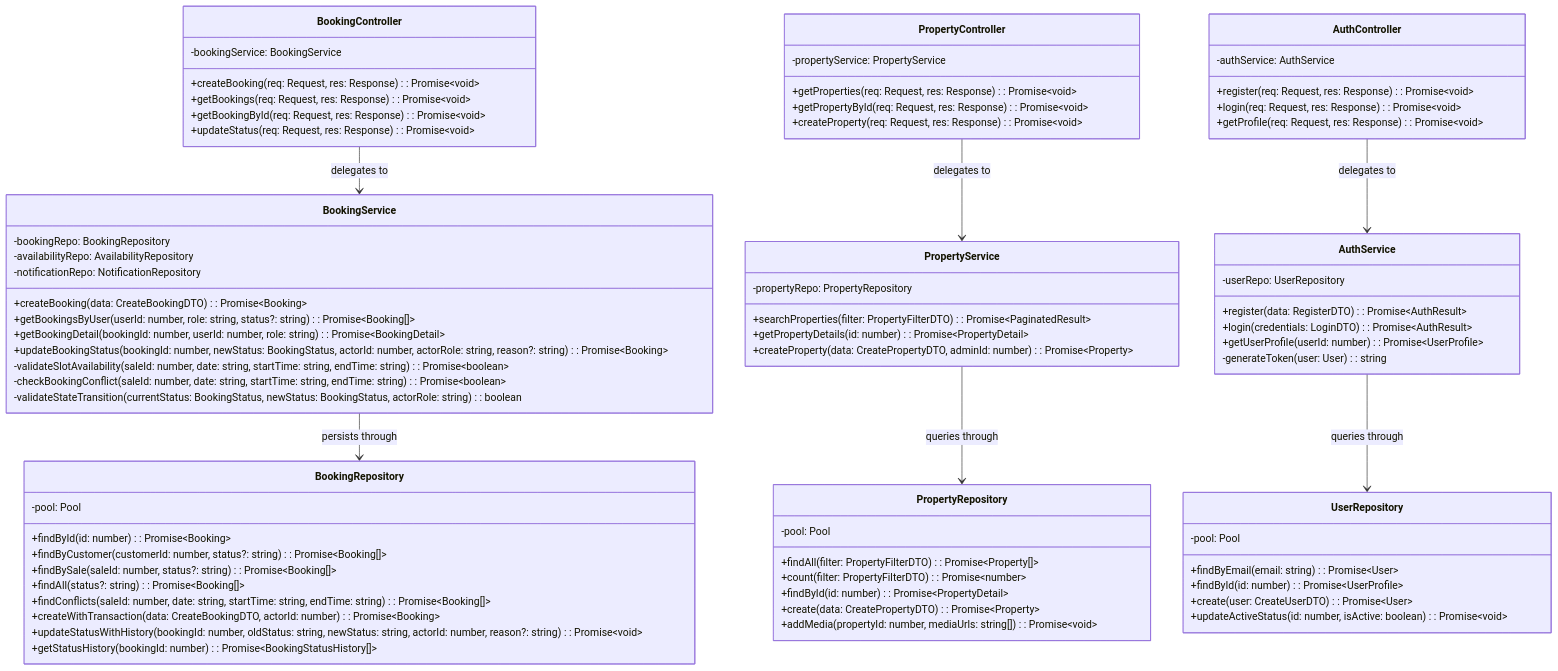
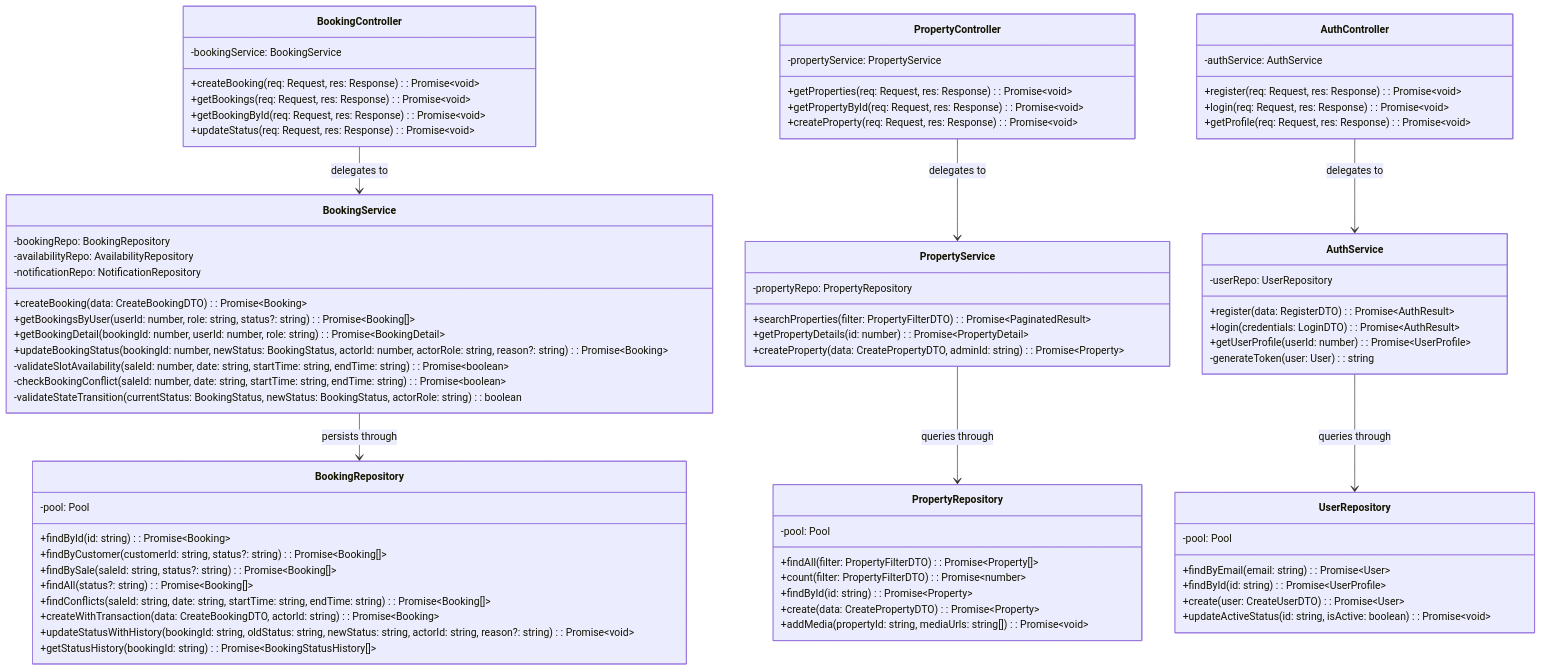
Before and after one commit to Datthachban12345/day1_tts: the first of 3 diagrams in docs/detailed_design.md, drawn with Mermaid. The commit also changed 2 other files, not shown here.

```diff
--- a/docs/detailed_design.md
+++ b/docs/detailed_design.md
@@ -166,7 +166,7 @@
         -propertyRepo: PropertyRepository
         +searchProperties(filter: PropertyFilterDTO): Promise~PaginatedResult~
         +getPropertyDetails(id: number): Promise~PropertyDetail~
-        +createProperty(data: CreatePropertyDTO, adminId: number): Promise~Property~
+        +createProperty(data: CreatePropertyDTO, adminId: string): Promise~Property~
     }
 
     class AuthService {
@@ -180,31 +180,31 @@
     %% Data Access Tier (Repositories)
     class BookingRepository {
         -pool: Pool
-        +findById(id: number): Promise~Booking~
-        +findByCustomer(customerId: number, status?: string): Promise~Booking[]~
-        +findBySale(saleId: number, status?: string): Promise~Booking[]~
+        +findById(id: string): Promise~Booking~
+        +findByCustomer(customerId: string, status?: string): Promise~Booking[]~
+        +findBySale(saleId: string, status?: string): Promise~Booking[]~
         +findAll(status?: string): Promise~Booking[]~
-        +findConflicts(saleId: number, date: string, startTime: string, endTime: string): Promise~Booking[]~
-        +createWithTransaction(data: CreateBookingDTO, actorId: number): Promise~Booking~
-        +updateStatusWithHistory(bookingId: number, oldStatus: string, newStatus: string, actorId: number, reason?: string): Promise~void~
-        +getStatusHistory(bookingId: number): Promise~BookingStatusHistory[]~
+        +findConflicts(saleId: string, date: string, startTime: string, endTime: string): Promise~Booking[]~
+        +createWithTransaction(data: CreateBookingDTO, actorId: string): Promise~Booking~
+        +updateStatusWithHistory(bookingId: string, oldStatus: string, newStatus: string, actorId: string, reason?: string): Promise~void~
+        +getStatusHistory(bookingId: string): Promise~BookingStatusHistory[]~
     }
 
     class PropertyRepository {
         -pool: Pool
         +findAll(filter: PropertyFilterDTO): Promise~Property[]~
         +count(filter: PropertyFilterDTO): Promise~number~
-        +findById(id: number): Promise~PropertyDetail~
+        +findById(id: string): Promise~Property~
         +create(data: CreatePropertyDTO): Promise~Property~
-        +addMedia(propertyId: number, mediaUrls: string[]): Promise~void~
+        +addMedia(propertyId: string, mediaUrls: string[]): Promise~void~
     }
 
     class UserRepository {
         -pool: Pool
         +findByEmail(email: string): Promise~User~
-        +findById(id: number): Promise~UserProfile~
+        +findById(id: string): Promise~UserProfile~
         +create(user: CreateUserDTO): Promise~User~
-        +updateActiveStatus(id: number, isActive: boolean): Promise~void~
+        +updateActiveStatus(id: string, isActive: boolean): Promise~void~
     }
 
     %% Relationships
```
